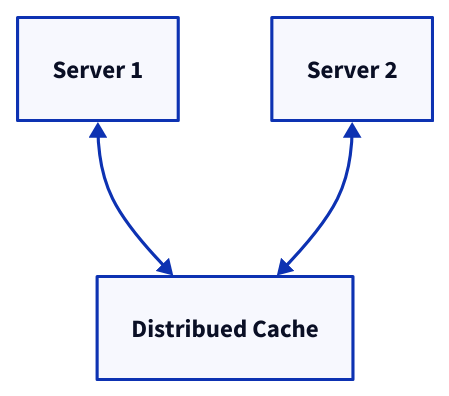
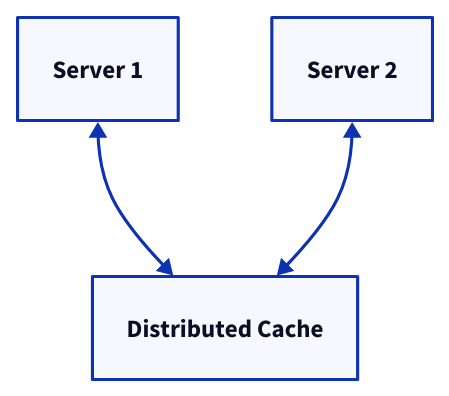
One commit to link1905/system-design-101 changed the fourth of 19 diagrams in content/docs/data-persistence/nosql-database.md. Above: the diagram before and after it, drawn with D2. The commit also changed other lines of this file and 49 other files, not shown here.

````diff
--- a/content/docs/data-persistence/nosql-database.md
+++ b/content/docs/data-persistence/nosql-database.md
@@ -154,13 +156,13 @@
 ```d2
 s1: Server 1 {
   class: server
 }
 s2: Server 2 {
   class: server
 }
-c: Distribued Cache {
+c: Distributed Cache {
   class: cache
 }
 s1 <-> c
 s2 <-> c
 ```
````
